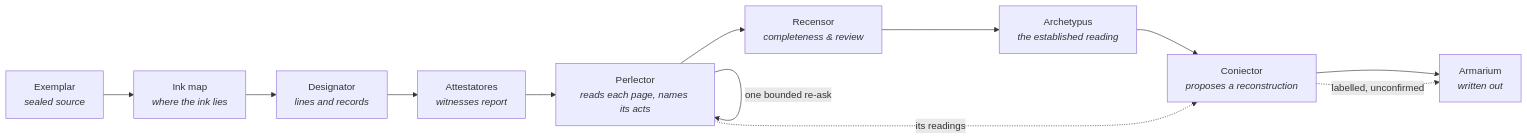
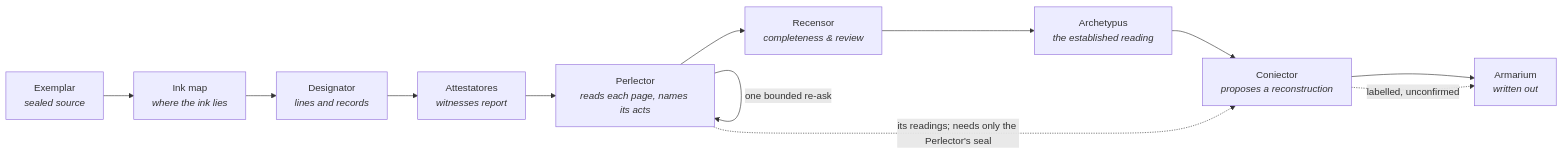
Before and after one commit to MegaSlick/Apparatus-Verbatus-Alpha: the first of 2 diagrams in ARCHITECTURE.md, drawn with Mermaid. The commit also changed other lines of this file and 4 other files, not shown here.

````diff
--- a/ARCHITECTURE.md
+++ b/ARCHITECTURE.md
@@ -29,14 +29,14 @@
 ```mermaid
 flowchart LR
     A["Exemplar<br/><i>sealed source</i>"] --> I["Ink map<br/><i>where the ink lies</i>"]
     I --> B["Designator<br/><i>lines and records</i>"]
     B --> C["Attestatores<br/><i>witnesses report</i>"]
     C --> D["Perlector<br/><i>reads each page, names its acts</i>"]
     D -->|"one bounded re-ask"| D
     D --> E["Recensor<br/><i>completeness & review</i>"]
     E --> F["Archetypus<br/><i>the established reading</i>"]
     F --> K["Coniector<br/><i>proposes a reconstruction</i>"]
     K --> G["Armarium<br/><i>written out</i>"]
-    D -.->|"its readings"| K
+    D -.->|"its readings; needs only the Perlector's seal"| K
     K -.->|"labelled, unconfirmed"| G
 ```
````
